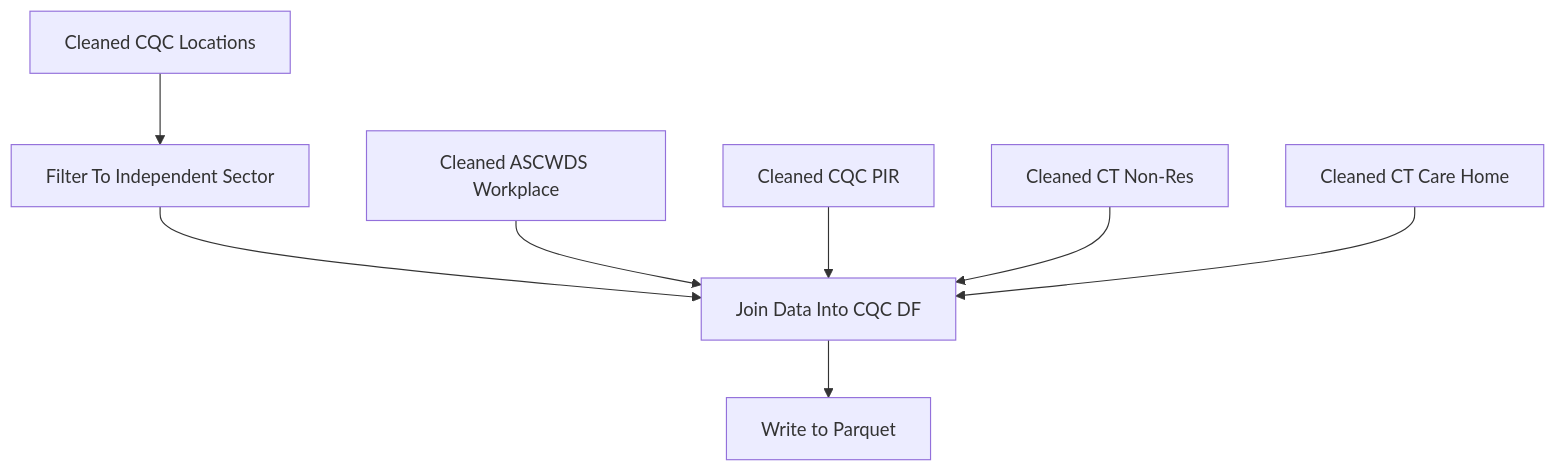
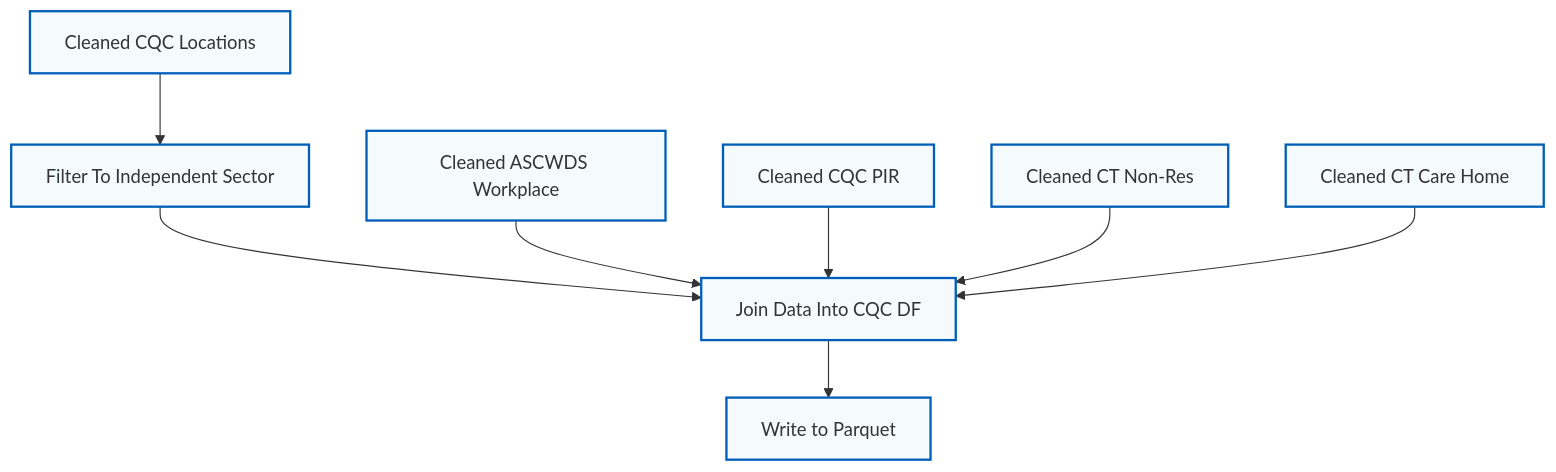
Before and after one commit to NMDSdevopsServiceAdm/DataEngineering: the diagram in docs/source/_03_ind_cqc_jobs/_01_merge_ind_cqc.md, drawn with Mermaid.

Commit message:
format mermaid table

````diff
--- a/docs/source/_03_ind_cqc_jobs/_01_merge_ind_cqc.md
+++ b/docs/source/_03_ind_cqc_jobs/_01_merge_ind_cqc.md
@@ -60,10 +60,12 @@
 ```{mermaid}
 graph TD
-    A[Cleaned CQC Locations] --> B[Filter To Independent Sector]
-    B --> J[Join Data Into CQC DF]
-    C[Cleaned ASCWDS Workplace] --> J
-    D[Cleaned CQC PIR] --> J
-    E[Cleaned CT Non-Res] --> J
-    F[Cleaned CT Care Home] --> J
-    J --> W[Write to Parquet]
+    A[Cleaned CQC Locations]:::format --> B[Filter To Independent Sector]:::format
+    B --> J[Join Data Into CQC DF]:::format
+    C[Cleaned ASCWDS Workplace]:::format --> J
+    D[Cleaned CQC PIR]:::format --> J
+    E[Cleaned CT Non-Res]:::format --> J
+    F[Cleaned CT Care Home]:::format --> J
+    J --> W[Write to Parquet]:::format
+
+    classDef format fill:#F5FAFD,stroke:#005EB8,stroke-width:2px;
 ```
````
